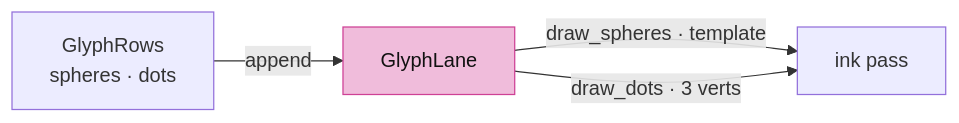
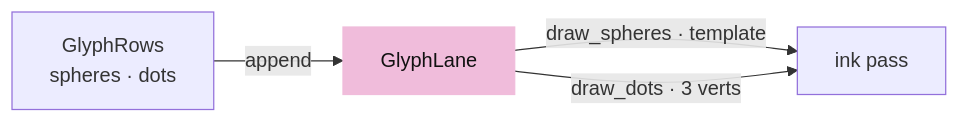
The third of 6 diagrams in session_viewer/docs/04c-markers.md (petrasvestartas/session), drawn with Mermaid before and after one commit. The commit also changed other lines of this file and 324 other files, not shown here.

````diff
--- a/session_viewer/docs/04c-markers.md
+++ b/session_viewer/docs/04c-markers.md
@@ -59,7 +61,7 @@
 ```mermaid
 flowchart LR
     GR["GlyphRows<br/>spheres · dots"] -- "append" --> GL["GlyphLane"]
     GL -- "draw_spheres · template" --> P["ink pass"]
     GL -- "draw_dots · 3 verts" --> P
-    style GL fill:#f0bcdb,stroke:#ce4095,color:#111
+    style GL fill:#f0bcdb,stroke:#f0bcdb,color:#111
 ```
````
